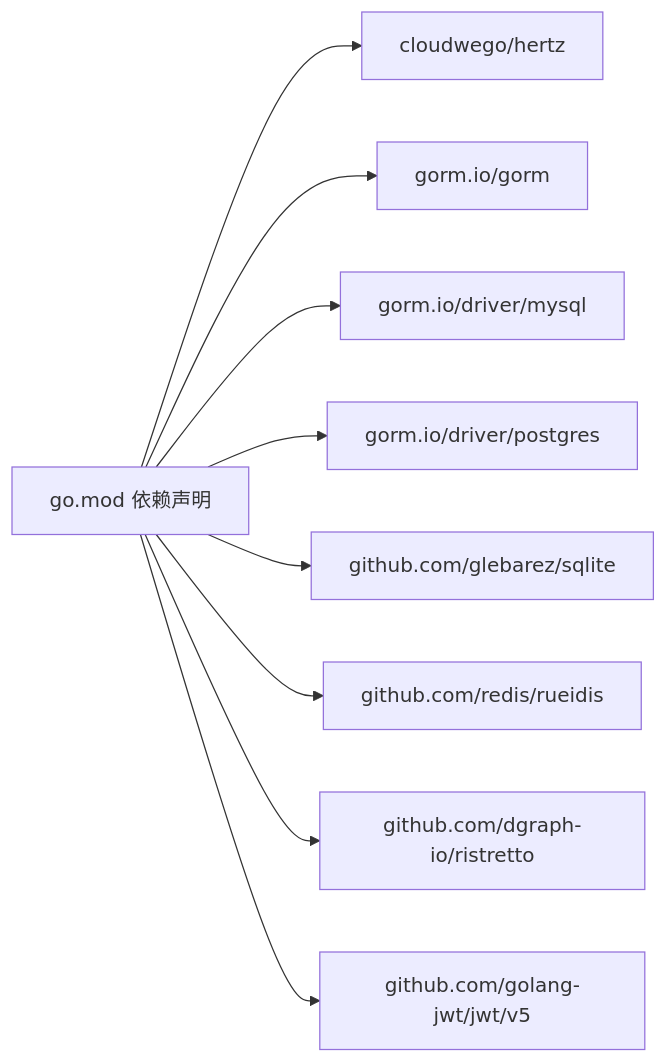
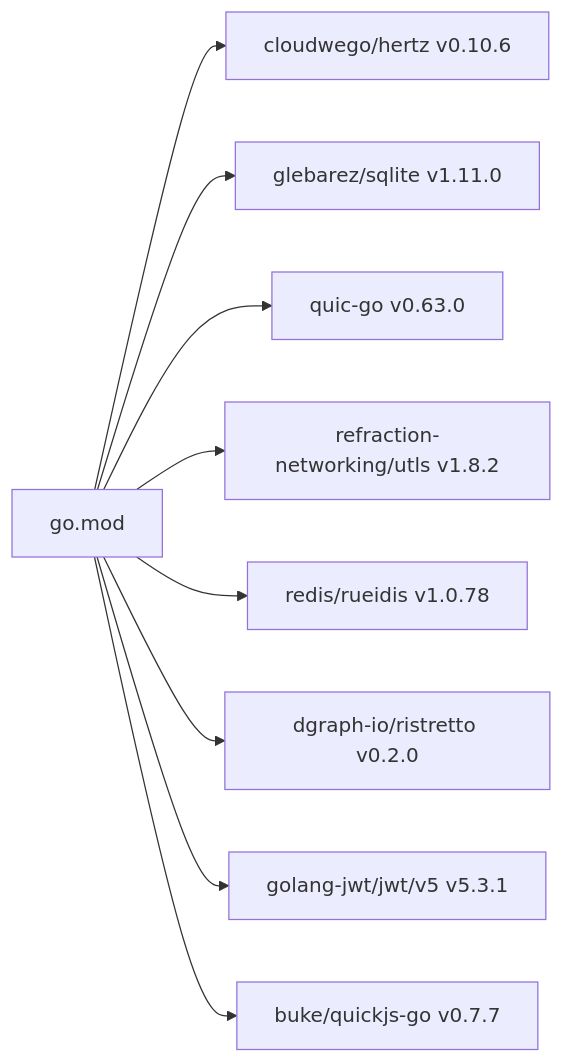
Before and after one commit to x01n/My-OpenWaf: the sixth of 6 diagrams in docs/项目概述/项目概述.md, drawn with Mermaid. The commit also changed other lines of this file and 622 other files, not shown here.

````diff
--- a/docs/项目概述/项目概述.md
+++ b/docs/项目概述/项目概述.md
@@ -438,20 +362,12 @@
 ```mermaid
 graph LR
-GO_MOD["go.mod 依赖声明"]
-HERTZ["cloudwego/hertz"]
-GORM["gorm.io/gorm"]
-MYSQL["gorm.io/driver/mysql"]
-PG["gorm.io/driver/postgres"]
-SQLITE["github.com/glebarez/sqlite"]
-REDIS["github.com/redis/rueidis"]
-RISTRETTO["github.com/dgraph-io/ristretto"]
-JWT["github.com/golang-jwt/jwt/v5"]
-GO_MOD --> HERTZ
-GO_MOD --> GORM
-GO_MOD --> MYSQL
-GO_MOD --> PG
-GO_MOD --> SQLITE
-GO_MOD --> REDIS
-GO_MOD --> RISTRETTO
-GO_MOD --> JWT
+GO_MOD["go.mod"]
+GO_MOD --> HERTZ["cloudwego/hertz v0.10.6"]
+GO_MOD --> SQLITE["glebarez/sqlite v1.11.0"]
+GO_MOD --> QUIC["quic-go v0.63.0"]
+GO_MOD --> UTLS["refraction-networking/utls v1.8.2"]
+GO_MOD --> REDIS["redis/rueidis v1.0.78"]
+GO_MOD --> RISTRETTO["dgraph-io/ristretto v0.2.0"]
+GO_MOD --> JWT["golang-jwt/jwt/v5 v5.3.1"]
+GO_MOD --> QUICKJS["buke/quickjs-go v0.7.7"]
 ```
````
